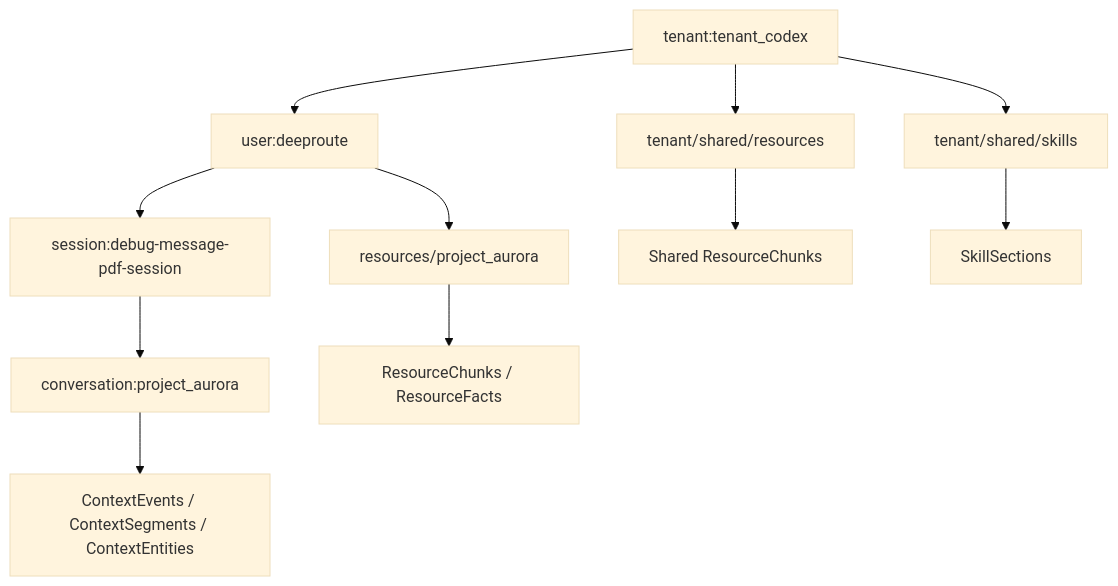
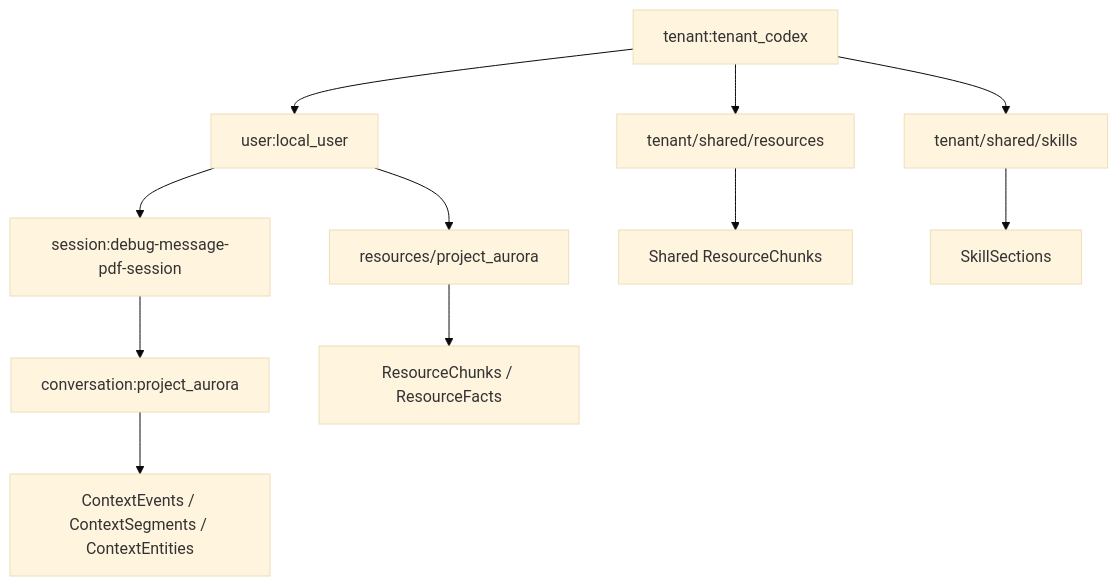
Before and after one commit to matrixarkai/TemporalStore: the second of 11 diagrams in docs/matrixark_context_management_ingestion_extraction_retrieval_blog.md, drawn with Mermaid (base theme). The commit also changed other lines of this file and 53 other files, not shown here.

````diff
--- a/docs/matrixark_context_management_ingestion_extraction_retrieval_blog.md
+++ b/docs/matrixark_context_management_ingestion_extraction_retrieval_blog.md
@@ -76,22 +76,22 @@
 ```mermaid
 flowchart TD
   T["tenant:tenant_codex"]
-  U["user:deeproute"]
+  U["user:local_user"]
   S["session:debug-message-pdf-session"]
   C["conversation:project_aurora"]
   R["resources/project_aurora"]
   SR["tenant/shared/resources"]
   SK["tenant/shared/skills"]
 
   T --> U
   U --> S
   S --> C
   U --> R
   T --> SR
   T --> SK
 
   C --> CE["ContextEvents / ContextSegments / ContextEntities"]
   R --> RC["ResourceChunks / ResourceFacts"]
   SR --> SRC["Shared ResourceChunks"]
   SK --> SS["SkillSections"]
 ```
````
